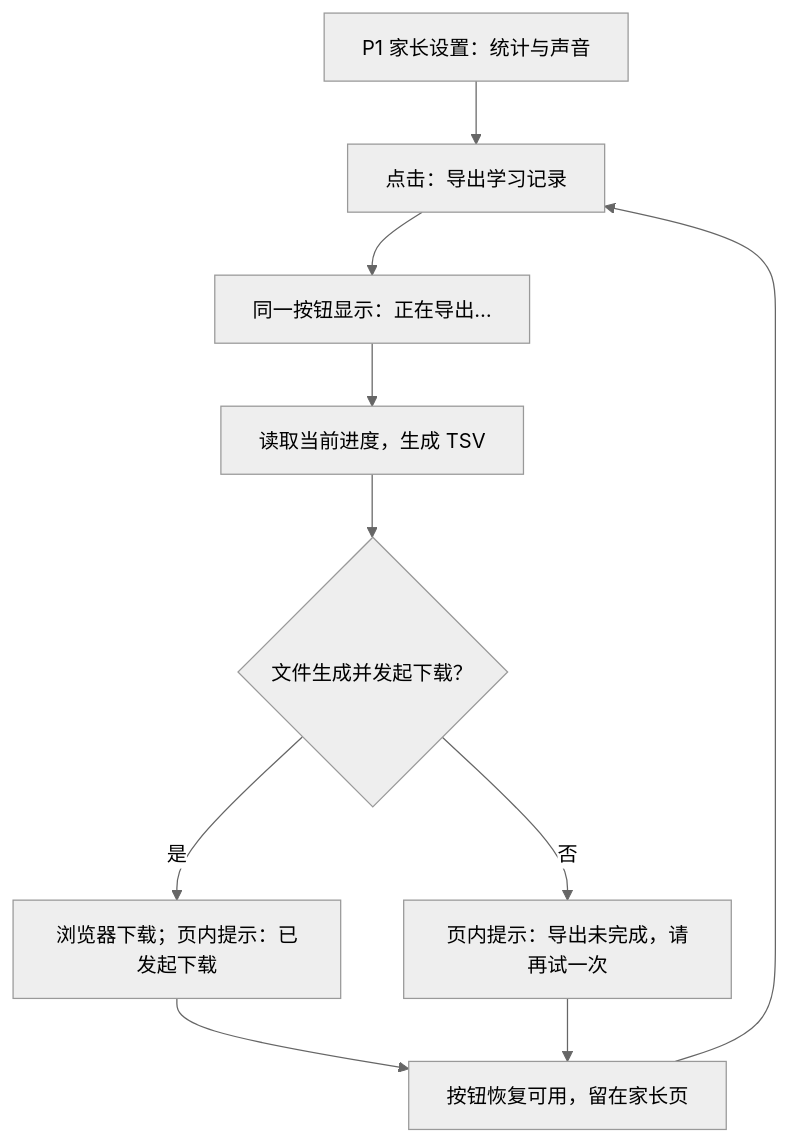
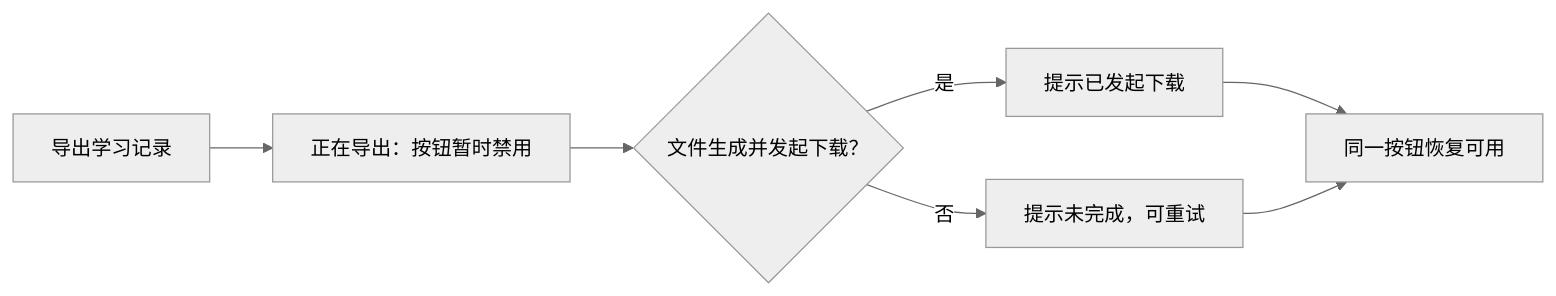
Before and after one commit to Doraemonls/LittleEnglish850: the fifth of 5 diagrams in docs/ux/UX_DESIGN.md, drawn with Mermaid (neutral theme). The commit also changed other lines of this file and 31 other files, not shown here.

````diff
--- a/docs/ux/UX_DESIGN.md
+++ b/docs/ux/UX_DESIGN.md
@@ -218,12 +123,9 @@
 ```mermaid
-flowchart TD
-    P1["P1 家长设置：统计与声音"] --> Export["点击：导出学习记录"]
-    Export --> Busy["同一按钮显示：正在导出…"]
-    Busy --> Build["读取当前进度，生成 TSV"]
-    Build --> Result{"文件生成并发起下载？"}
-    Result -->|"是"| Download["浏览器下载；页内提示：已发起下载"]
-    Result -->|"否"| Retry["页内提示：导出未完成，请再试一次"]
-    Download --> Ready["按钮恢复可用，留在家长页"]
+flowchart LR
+    Export[导出学习记录] --> Busy[正在导出：按钮暂时禁用]
+    Busy --> Result{文件生成并发起下载？}
+    Result -->|是| Success[提示已发起下载]
+    Result -->|否| Retry[提示未完成，可重试]
+    Success --> Ready[同一按钮恢复可用]
     Retry --> Ready
-    Ready --> Export
 ```
````
